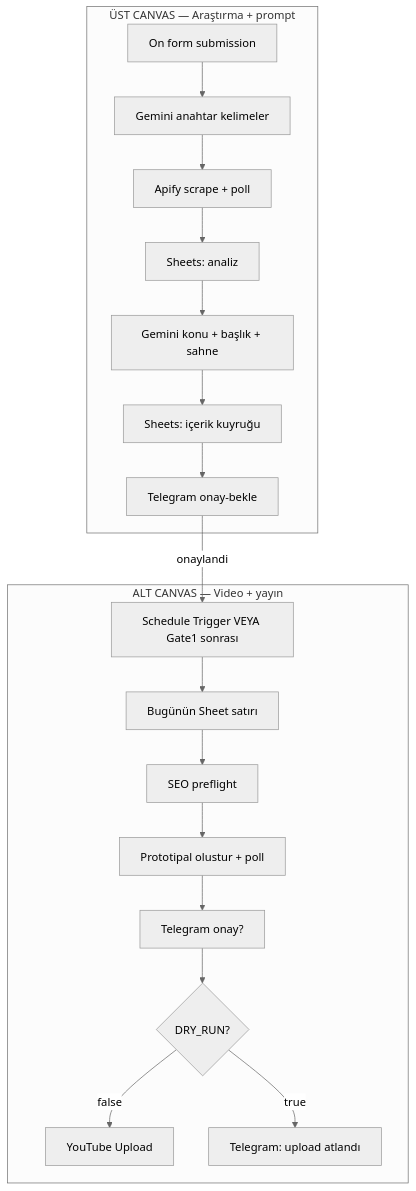
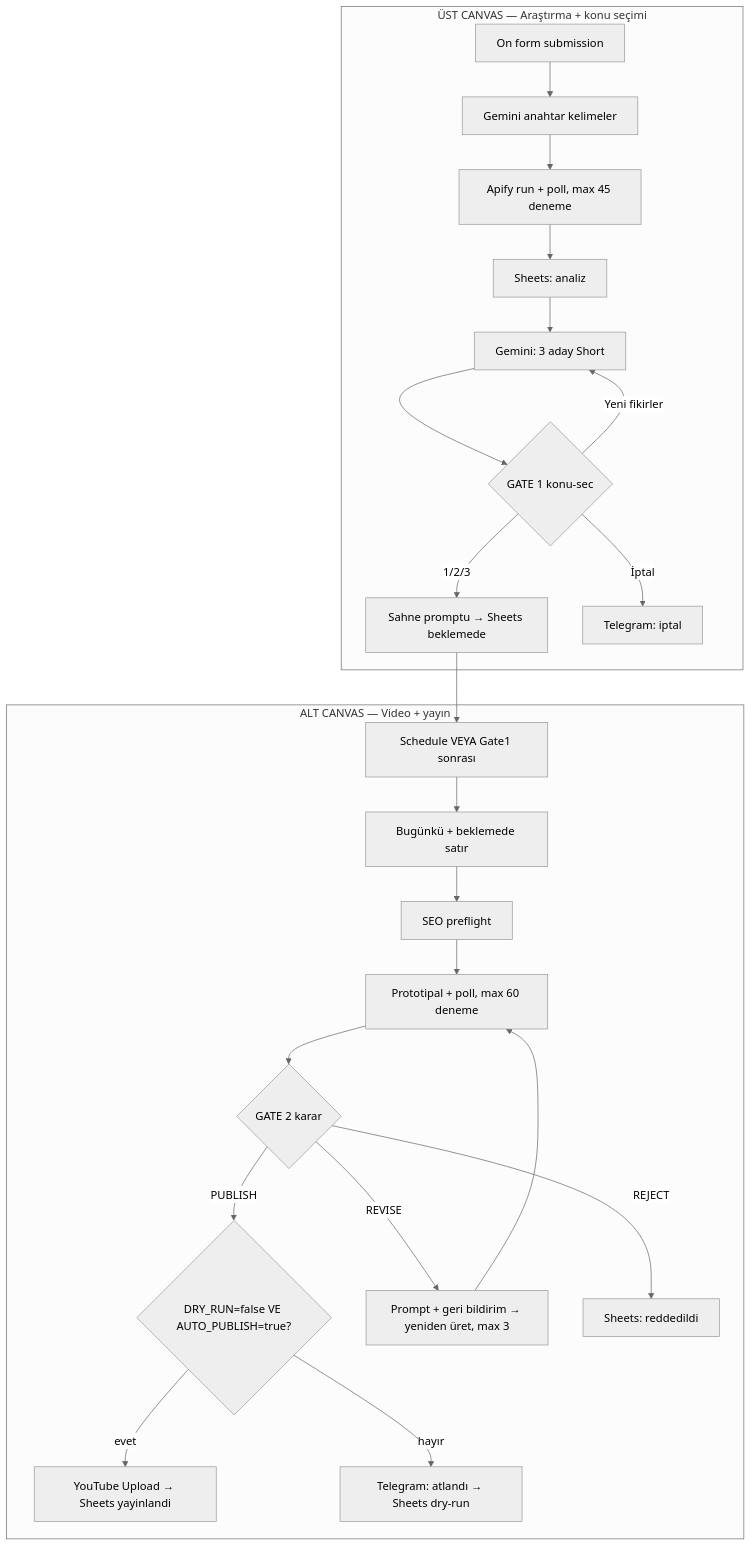
Before and after one commit to ammartas3-png/KANALLAR: the diagram in docs/AKIS.md, drawn with Mermaid (neutral theme). The commit also changed other lines of this file and 3 other files, not shown here.

````diff
--- a/docs/AKIS.md
+++ b/docs/AKIS.md
@@ -35,21 +40,26 @@
 ```mermaid
 flowchart TB
-  subgraph UST["ÜST CANVAS — Araştırma + prompt"]
+  subgraph UST["ÜST CANVAS — Araştırma + konu seçimi"]
     F[On form submission] --> K[Gemini anahtar kelimeler]
-    K --> A[Apify scrape + poll]
+    K --> A[Apify run + poll, max 45 deneme]
     A --> S1[Sheets: analiz]
-    S1 --> T[Gemini konu + başlık + sahne]
-    T --> S2[Sheets: içerik kuyruğu]
-    S2 --> G1[Telegram onay-bekle]
+    S1 --> T[Gemini: 3 aday Short]
+    T --> G1{GATE 1 konu-sec}
+    G1 -->|1/2/3| SC[Sahne promptu → Sheets beklemede]
+    G1 -->|Yeni fikirler| T
+    G1 -->|İptal| X1[Telegram: iptal]
   end
   subgraph ALT["ALT CANVAS — Video + yayın"]
-    SCH[Schedule Trigger VEYA Gate1 sonrası] --> ROW[Bugünün Sheet satırı]
+    SCH[Schedule VEYA Gate1 sonrası] --> ROW[Bugünkü + beklemede satır]
     ROW --> SEO[SEO preflight]
-    SEO --> V[Prototipal olustur + poll]
-    V --> G2[Telegram onay?]
-    G2 --> DRY{DRY_RUN?}
-    DRY -->|false| YT[YouTube Upload]
-    DRY -->|true| SKIP[Telegram: upload atlandı]
+    SEO --> V[Prototipal + poll, max 60 deneme]
+    V --> G2{GATE 2 karar}
+    G2 -->|PUBLISH| DRY{DRY_RUN=false VE AUTO_PUBLISH=true?}
+    G2 -->|REVISE| R[Prompt + geri bildirim → yeniden üret, max 3]
+    G2 -->|REJECT| RJ[Sheets: reddedildi]
+    R --> V
+    DRY -->|evet| YT[YouTube Upload → Sheets yayinlandi]
+    DRY -->|hayır| SKIP[Telegram: atlandı → Sheets dry-run]
   end
-  G1 -->|onaylandi| SCH
+  SC --> SCH
 ```
````
